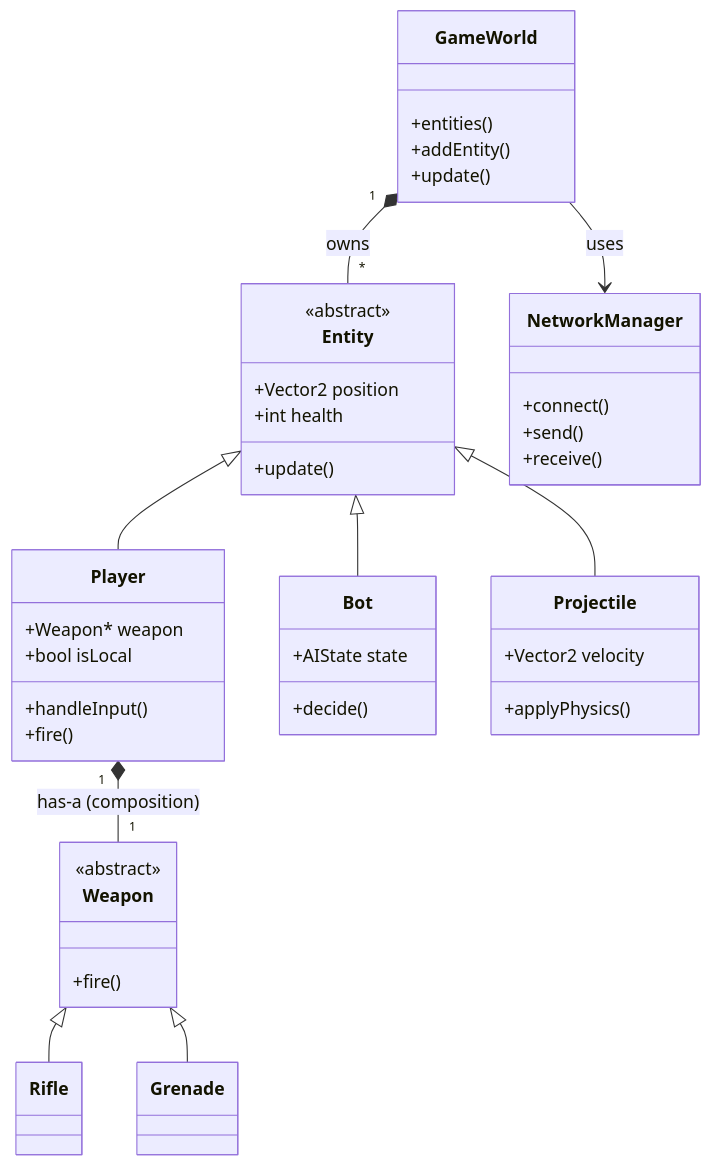
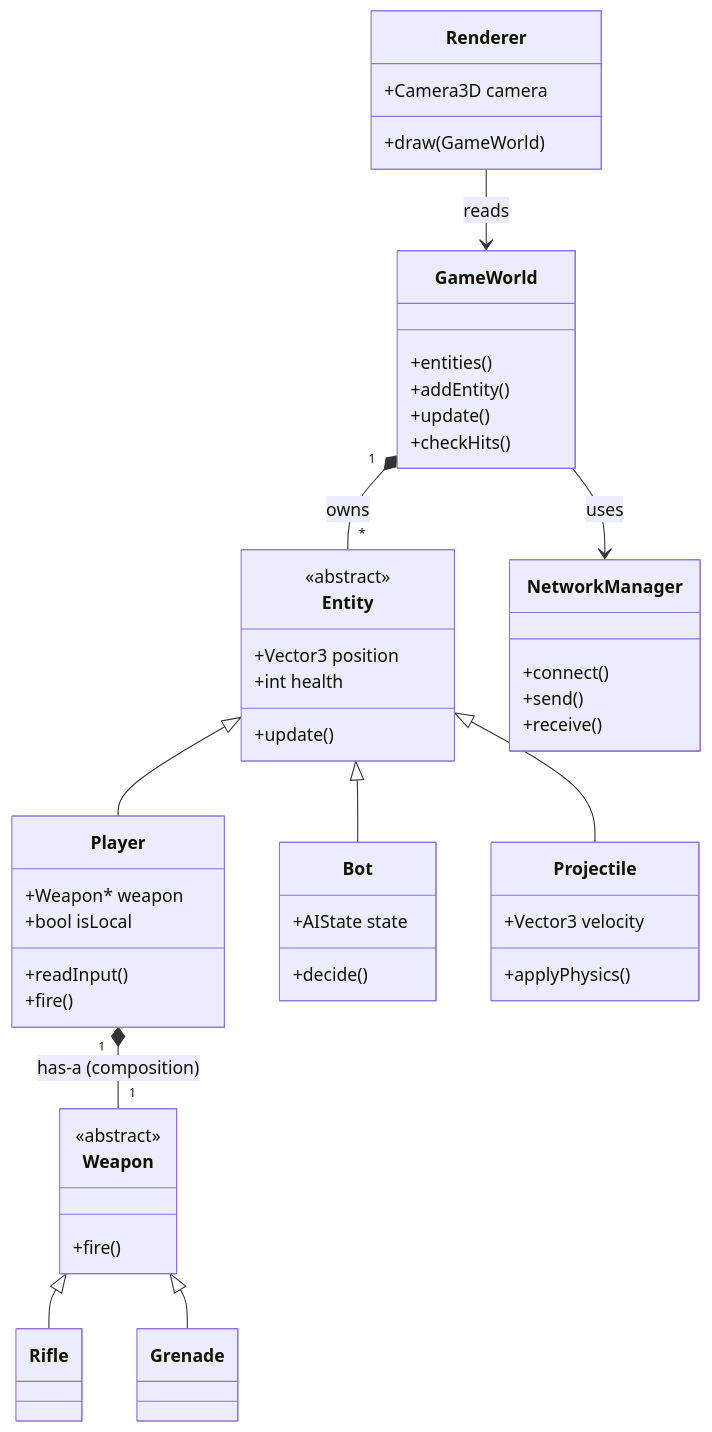
One commit to aditya9064/C-Final-Project changed the first of 5 diagrams in README.md. Above: the diagram before and after it, drawn with Mermaid. The commit also changed other lines of this file and 14 other files, not shown here.

````diff
--- a/README.md
+++ b/README.md
@@ -72,50 +70,56 @@
 ```mermaid
 classDiagram
     class Entity {
         <<abstract>>
-        +Vector2 position
+        +Vector3 position
         +int health
         +update()
     }
     class Player {
         +Weapon* weapon
         +bool isLocal
-        +handleInput()
+        +readInput()
         +fire()
     }
     class Bot {
         +AIState state
         +decide()
     }
     class Projectile {
-        +Vector2 velocity
+        +Vector3 velocity
         +applyPhysics()
     }
     class Weapon {
         <<abstract>>
         +fire()
     }
     class Rifle
     class Grenade
 
     Entity <|-- Player
     Entity <|-- Bot
     Entity <|-- Projectile
     Weapon <|-- Rifle
     Weapon <|-- Grenade
     Player "1" *-- "1" Weapon : has-a (composition)
 
     class NetworkManager {
         +connect()
         +send()
         +receive()
     }
     class GameWorld {
         +entities()
         +addEntity()
         +update()
+        +checkHits()
+    }
+    class Renderer {
+        +Camera3D camera
+        +draw(GameWorld)
     }
 
     GameWorld "1" *-- "*" Entity : owns
     GameWorld --> NetworkManager : uses
+    Renderer --> GameWorld : reads
 ```
````
